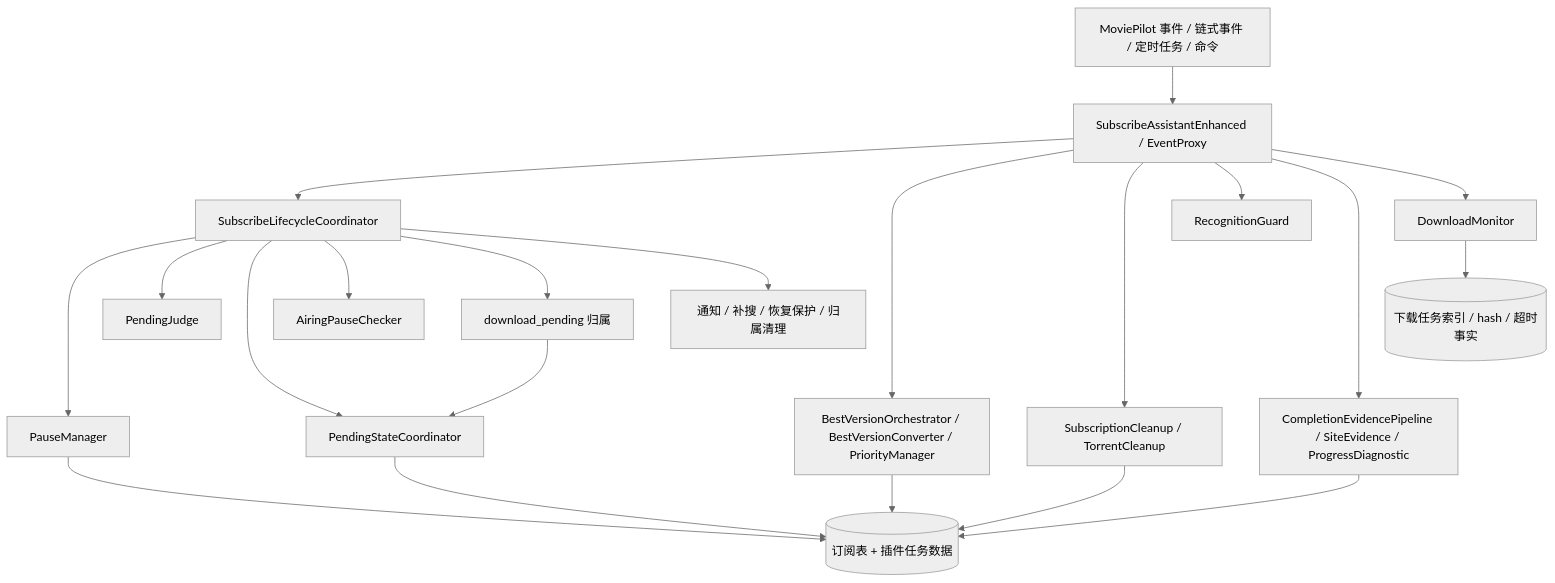
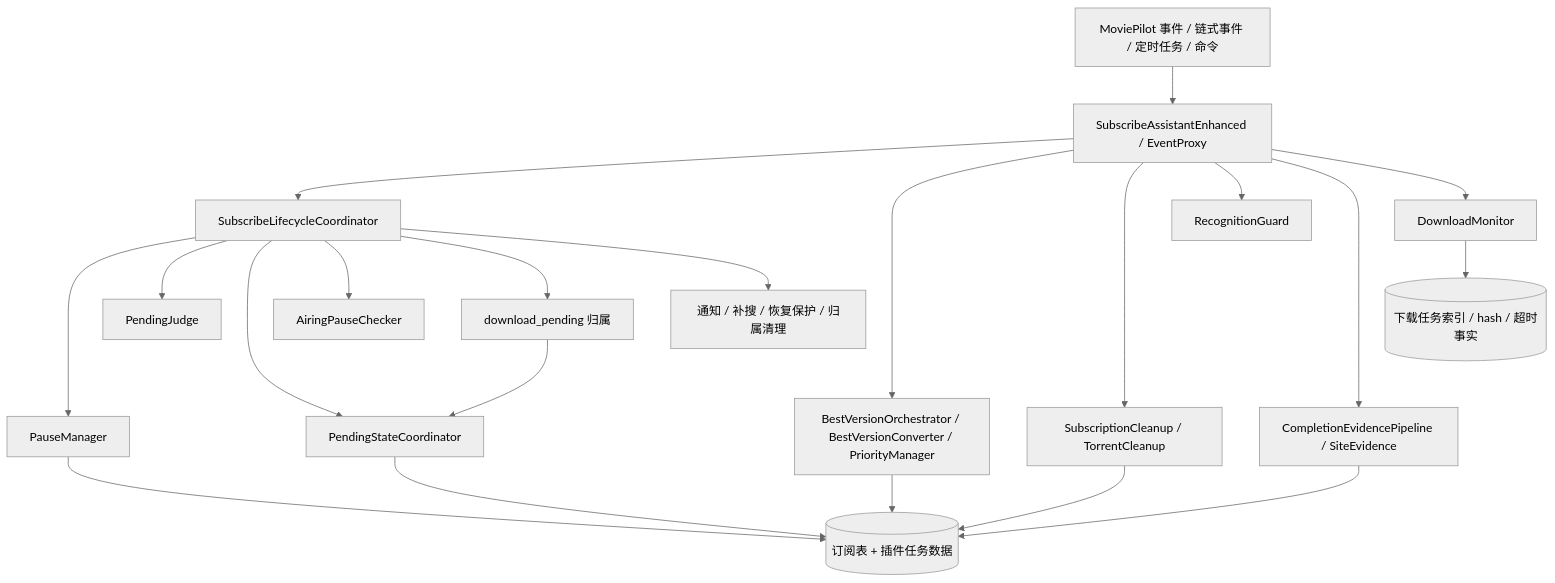
One commit to InfinityPacer/MoviePilot-Plugins changed the first of 8 diagrams in plugins.v2/subscribeassistantenhanced/docs/architecture.md. Above: the diagram before and after it, drawn with Mermaid (neutral theme). The commit also changed other lines of this file and 24 other files, not shown here.

````diff
--- a/plugins.v2/subscribeassistantenhanced/docs/architecture.md
+++ b/plugins.v2/subscribeassistantenhanced/docs/architecture.md
@@ -17,27 +17,27 @@
 ```mermaid
 flowchart TD
     MP[MoviePilot 事件 / 链式事件 / 定时任务 / 命令] --> Entry[SubscribeAssistantEnhanced / EventProxy]
 
     Entry --> Lifecycle[SubscribeLifecycleCoordinator]
     Entry --> BestVersion[BestVersionOrchestrator / BestVersionConverter / PriorityManager]
     Entry --> Cleanup[SubscriptionCleanup / TorrentCleanup]
     Entry --> Recognition[RecognitionGuard]
-    Entry --> Evidence[CompletionEvidencePipeline / SiteEvidence / ProgressDiagnostic]
+    Entry --> Evidence[CompletionEvidencePipeline / SiteEvidence]
 
     Lifecycle --> Pause[PauseManager]
     Lifecycle --> PendingJudge[PendingJudge]
     Lifecycle --> PendingState[PendingStateCoordinator]
     Lifecycle --> Airing[AiringPauseChecker]
     Lifecycle --> DownloadState[download_pending 归属]
     Lifecycle --> Effects[通知 / 补搜 / 恢复保护 / 归属清理]
 
     Entry --> DownloadMonitor[DownloadMonitor]
     DownloadMonitor --> DownloadFacts[(下载任务索引 / hash / 超时事实)]
     DownloadState --> PendingState
 
     Pause --> Store[(订阅表 + 插件任务数据)]
     PendingState --> Store
     BestVersion --> Store
     Cleanup --> Store
     Evidence --> Store
 ```
````
